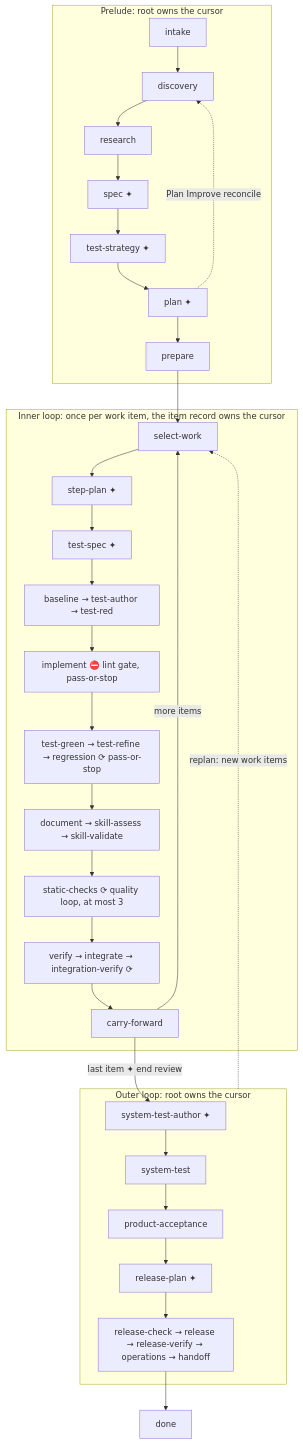
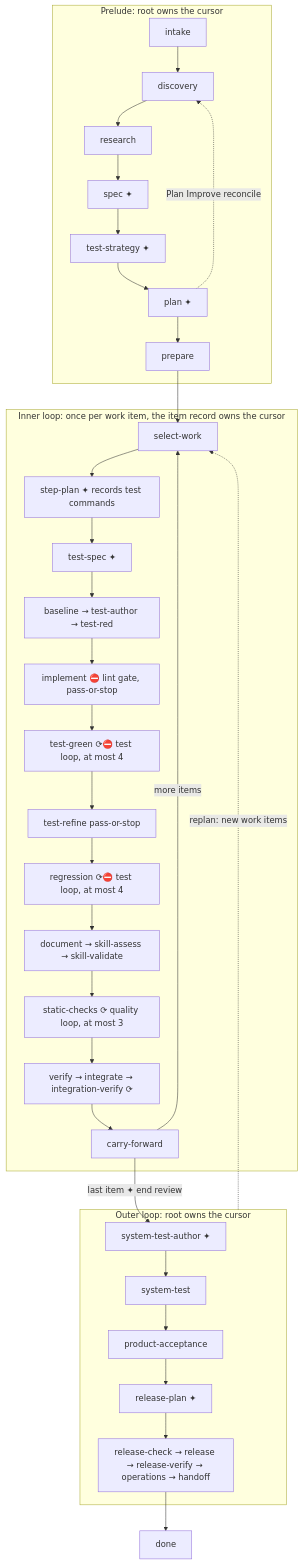
Before and after one commit to whichguy/skill-craft: the second of 4 diagrams in skills/shiploop/references/navigator.md, drawn with Mermaid. The commit also changed other lines of this file and 16 other files, not shown here.

````diff
--- a/skills/shiploop/references/navigator.md
+++ b/skills/shiploop/references/navigator.md
@@ -63,25 +66,27 @@
 ```mermaid
 flowchart TD
   subgraph PRELUDE[Prelude: root owns the cursor]
     intake --> discovery --> research --> spec[spec ✦] --> ts[test-strategy ✦] --> plan[plan ✦] --> prepare
     plan -. "Plan Improve reconcile" .-> discovery
   end
   prepare --> SW
   subgraph INNER[Inner loop: once per work item, the item record owns the cursor]
-    SW[select-work] --> SP[step-plan ✦] --> TS[test-spec ✦] --> BL[baseline → test-author → test-red]
+    SW[select-work] --> SP[step-plan ✦ records test commands] --> TS[test-spec ✦] --> BL[baseline → test-author → test-red]
     BL --> IM[implement ⛔ lint gate, pass-or-stop]
-    IM --> TG[test-green → test-refine → regression ⟳ pass-or-stop]
-    TG --> DOC[document → skill-assess → skill-validate]
+    IM --> TG[test-green ⟳⛔ test loop, at most 4]
+    TG --> TR[test-refine pass-or-stop]
+    TR --> RG[regression ⟳⛔ test loop, at most 4]
+    RG --> DOC[document → skill-assess → skill-validate]
     DOC --> SC[static-checks ⟳ quality loop, at most 3]
     SC --> VI[verify → integrate → integration-verify ⟳]
     VI --> CF[carry-forward]
     CF -->|more items| SW
   end
   CF -->|"last item ✦ end review"| STA
   subgraph OUTER[Outer loop: root owns the cursor]
     STA[system-test-author ✦] --> ST[system-test] --> PA[product-acceptance] --> RP[release-plan ✦]
     RP --> REL[release-check → release → release-verify → operations → handoff]
   end
   OUTER -. "replan: new work items" .-> SW
   REL --> done
 ```
````
